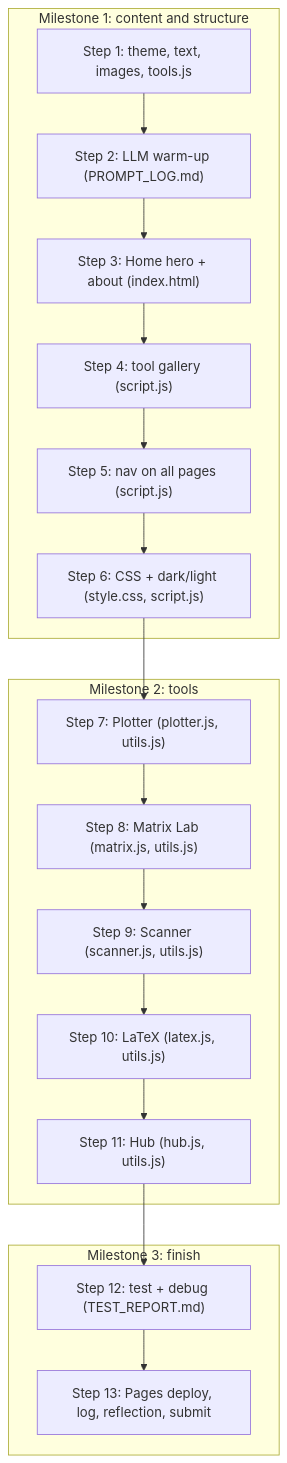
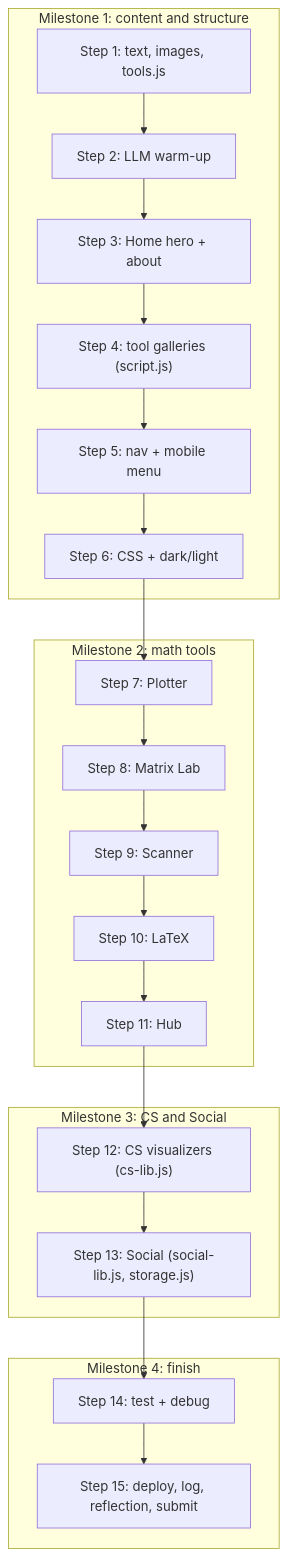
Before and after one commit to ChrisMedkit/CS-235-IntroToAI: the first of 9 diagrams in DIAGRAM.md, drawn with Mermaid. The commit also changed other lines of this file and 57 other files, not shown here.

First line of the commit message:
Add theme, fonts, and Math/CS/Social sections

````diff
--- a/DIAGRAM.md
+++ b/DIAGRAM.md
@@ -5,21 +5,25 @@
 ```mermaid
 flowchart TD
   subgraph M1["Milestone 1: content and structure"]
-    S1["Step 1: theme, text, images, tools.js"] --> S2["Step 2: LLM warm-up (PROMPT_LOG.md)"]
-    S2 --> S3["Step 3: Home hero + about (index.html)"]
-    S3 --> S4["Step 4: tool gallery (script.js)"]
-    S4 --> S5["Step 5: nav on all pages (script.js)"]
-    S5 --> S6["Step 6: CSS + dark/light (style.css, script.js)"]
+    S1["Step 1: text, images, tools.js"] --> S2["Step 2: LLM warm-up"]
+    S2 --> S3["Step 3: Home hero + about"]
+    S3 --> S4["Step 4: tool galleries (script.js)"]
+    S4 --> S5["Step 5: nav + mobile menu"]
+    S5 --> S6["Step 6: CSS + dark/light"]
   end
-  subgraph M2["Milestone 2: tools"]
-    S7["Step 7: Plotter (plotter.js, utils.js)"] --> S8["Step 8: Matrix Lab (matrix.js, utils.js)"]
-    S8 --> S9["Step 9: Scanner (scanner.js, utils.js)"]
-    S9 --> S10["Step 10: LaTeX (latex.js, utils.js)"]
-    S10 --> S11["Step 11: Hub (hub.js, utils.js)"]
+  subgraph M2["Milestone 2: math tools"]
+    S7["Step 7: Plotter"] --> S8["Step 8: Matrix Lab"]
+    S8 --> S9["Step 9: Scanner"]
+    S9 --> S10["Step 10: LaTeX"]
+    S10 --> S11["Step 11: Hub"]
   end
-  subgraph M3["Milestone 3: finish"]
-    S12["Step 12: test + debug (TEST_REPORT.md)"] --> S13["Step 13: Pages deploy, log, reflection, submit"]
+  subgraph M3["Milestone 3: CS and Social"]
+    S12["Step 12: CS visualizers (cs-lib.js)"] --> S13["Step 13: Social (social-lib.js, storage.js)"]
+  end
+  subgraph M4["Milestone 4: finish"]
+    S14["Step 14: test + debug"] --> S15["Step 15: deploy, log, reflection, submit"]
   end
   S6 --> S7
   S11 --> S12
+  S13 --> S14
 ```
````
